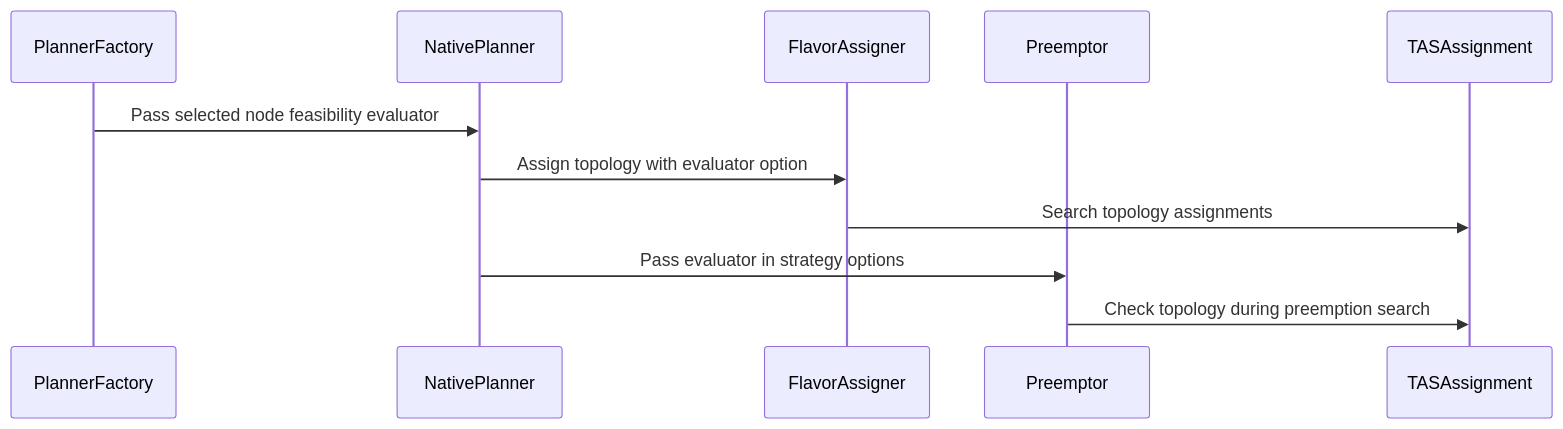
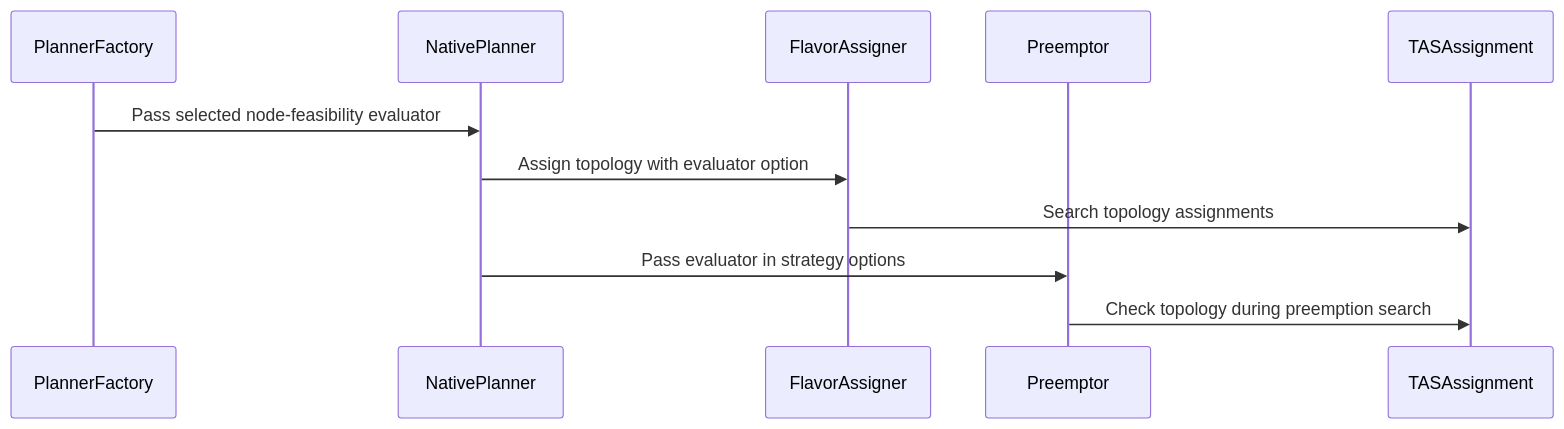
One commit to reruno/kueue-llm-wiki changed the diagram in raw/github/kubernetes-sigs__kueue/pr-19515.md. Above: the diagram before and after it, drawn with Mermaid. The commit also changed other lines of this file and 284 other files, not shown here.

````diff
--- a/raw/github/kubernetes-sigs__kueue/pr-19515.md
+++ b/raw/github/kubernetes-sigs__kueue/pr-19515.md
@@ -179,13 +204,13 @@
 ```mermaid
 sequenceDiagram
   participant PlannerFactory
   participant NativePlanner
   participant FlavorAssigner
   participant Preemptor
   participant TASAssignment
-  PlannerFactory->>NativePlanner: Pass selected node feasibility evaluator
+  PlannerFactory->>NativePlanner: Pass selected node-feasibility evaluator
   NativePlanner->>FlavorAssigner: Assign topology with evaluator option
   FlavorAssigner->>TASAssignment: Search topology assignments
   NativePlanner->>Preemptor: Pass evaluator in strategy options
   Preemptor->>TASAssignment: Check topology during preemption search
 ```
````
